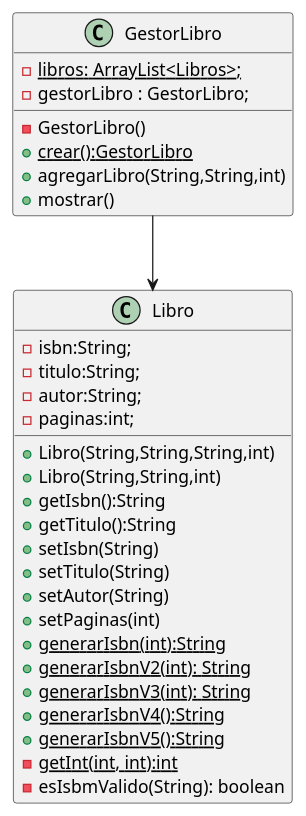
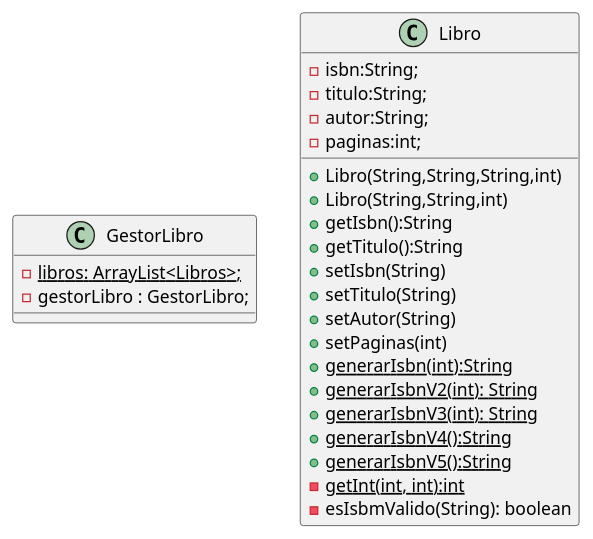
Before and after one commit to FacundoSC/Libros: the diagram in UML/diagrama.puml, drawn with PlantUML.

Commit message:
agrega la clase gestor

```diff
--- a/UML/diagrama.puml
+++ b/UML/diagrama.puml
@@ -1,35 +1,30 @@
 @startuml
-GestorLibro--> Libro 
+
 
 class GestorLibro{
 -{static} libros: ArrayList<Libros>;
 - gestorLibro : GestorLibro;
-- GestorLibro()
-+{static}crear():GestorLibro
-+agregarLibro(String,String,int)
-+mostrar()
-
 }
 
 class Libro {
    -isbn:String;
    -titulo:String;
    -autor:String;
    -paginas:int;
    +Libro(String,String,String,int)
    +Libro(String,String,int)
    +getIsbn():String
    +getTitulo():String
    +setIsbn(String)
    +setTitulo(String)
    +setAutor(String)
    +setPaginas(int)
    +{static}generarIsbn(int):String
    +{static}generarIsbnV2(int): String
    +{static}generarIsbnV3(int): String
    +{static}generarIsbnV4():String
    +{static}generarIsbnV5():String
    -{static}getInt(int, int):int
    - esIsbmValido(String): boolean
 }
 @enduml
```
